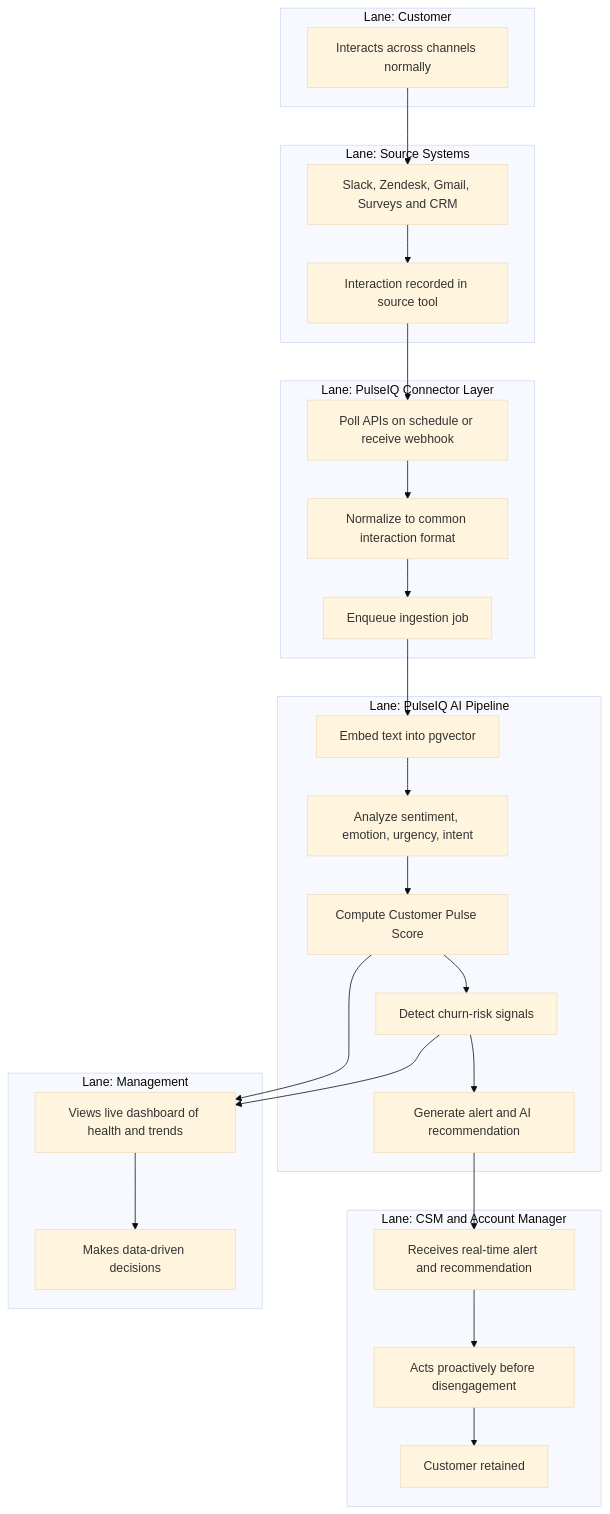
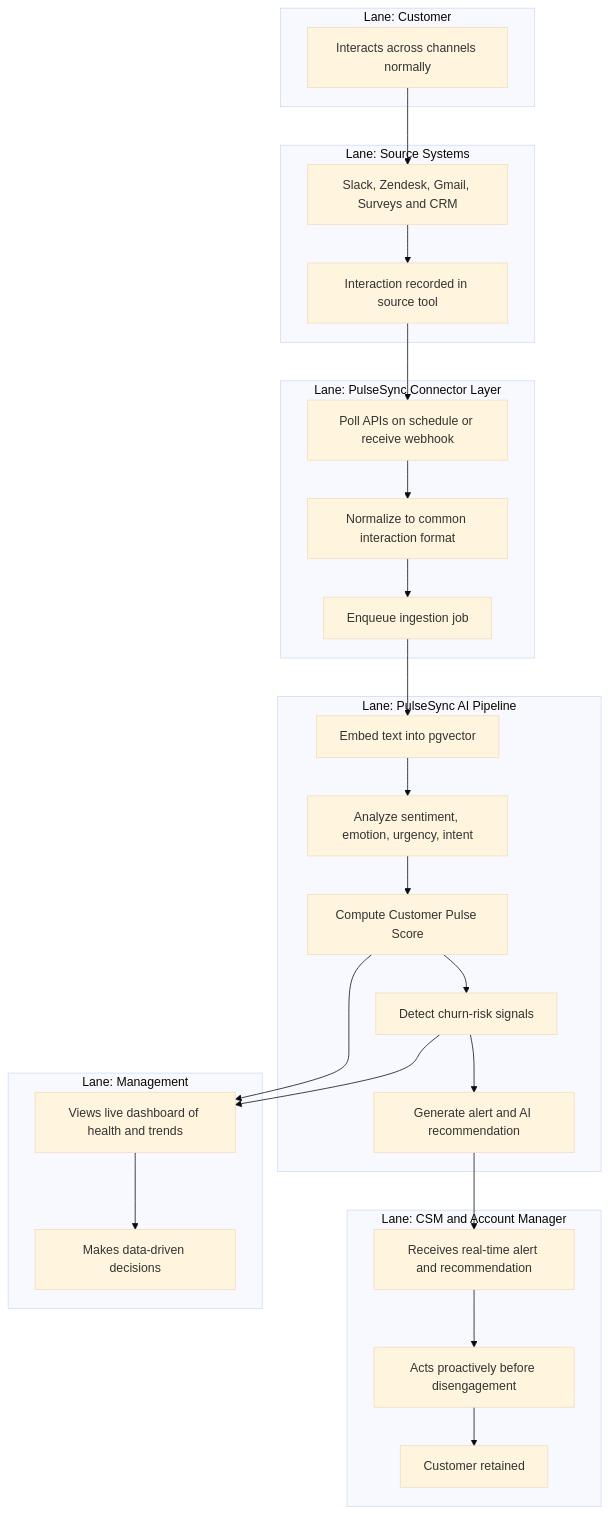
The second of 2 diagrams in docs/01-swimlane-diagram.md (MajorAbdullah/pulse-sync), drawn with Mermaid (base theme) before and after one commit. The commit also changed other lines of this file and 13 other files, not shown here.

First line of the commit message:
refactor: rebrand PulseIQ → PulseSync

````diff
--- a/docs/01-swimlane-diagram.md
+++ b/docs/01-swimlane-diagram.md
@@ -101,44 +101,44 @@
 ```mermaid
 flowchart TD
     subgraph CUST[Lane: Customer]
         C1[Interacts across channels normally]
     end
 
     subgraph SRC[Lane: Source Systems]
         S1[Slack, Zendesk, Gmail, Surveys and CRM]
         S2[Interaction recorded in source tool]
     end
 
-    subgraph CONN[Lane: PulseIQ Connector Layer]
+    subgraph CONN[Lane: PulseSync Connector Layer]
         N1[Poll APIs on schedule or receive webhook]
         N2[Normalize to common interaction format]
         N3[Enqueue ingestion job]
     end
 
-    subgraph AIP[Lane: PulseIQ AI Pipeline]
+    subgraph AIP[Lane: PulseSync AI Pipeline]
         P1[Embed text into pgvector]
         P2[Analyze sentiment, emotion, urgency, intent]
         P3[Compute Customer Pulse Score]
         P4[Detect churn-risk signals]
         P5[Generate alert and AI recommendation]
     end
 
     subgraph CSMLANE[Lane: CSM and Account Manager]
         M1[Receives real-time alert and recommendation]
         M2[Acts proactively before disengagement]
         M3[Customer retained]
     end
 
     subgraph MGMT[Lane: Management]
         G1[Views live dashboard of health and trends]
         G2[Makes data-driven decisions]
     end
 
     C1 --> S1 --> S2 --> N1
     N1 --> N2 --> N3 --> P1
     P1 --> P2 --> P3 --> P4 --> P5
     P5 --> M1 --> M2 --> M3
     P3 --> G1
     P4 --> G1
     G1 --> G2
 ```
````
